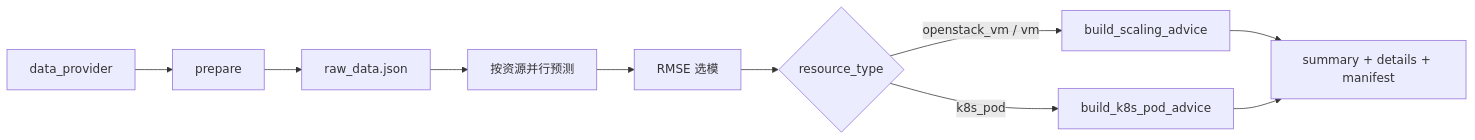
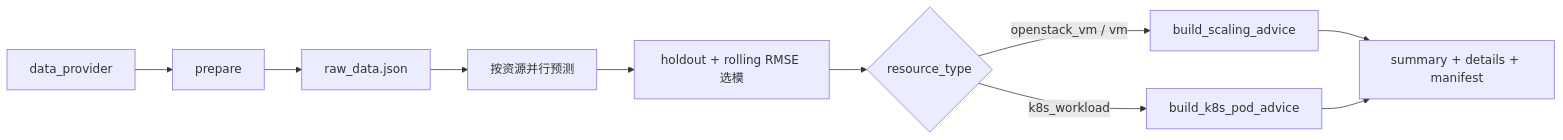
The second of 7 diagrams in README.md (zorocui/resource_predict), drawn with Mermaid before and after one commit. The commit also changed other lines of this file and 40 other files, not shown here.

````diff
--- a/README.md
+++ b/README.md
@@ -215,12 +229,12 @@
 ```mermaid
 flowchart LR
     A["data_provider"] --> B["prepare"]
     B --> C["raw_data.json"]
     C --> D["按资源并行预测"]
-    D --> E["RMSE 选模"]
+    D --> E["holdout + rolling RMSE 选模"]
     E --> F{"resource_type"}
     F -->|openstack_vm / vm| G["build_scaling_advice"]
-    F -->|k8s_pod| H["build_k8s_pod_advice"]
+    F -->|k8s_workload| H["build_k8s_pod_advice"]
     G --> I["summary + details + manifest"]
     H --> I
 ```
````
